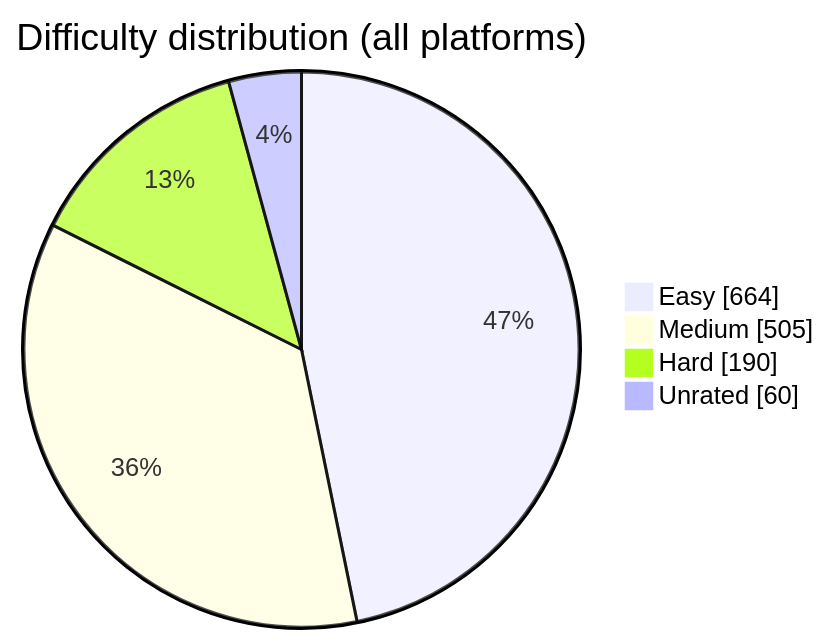
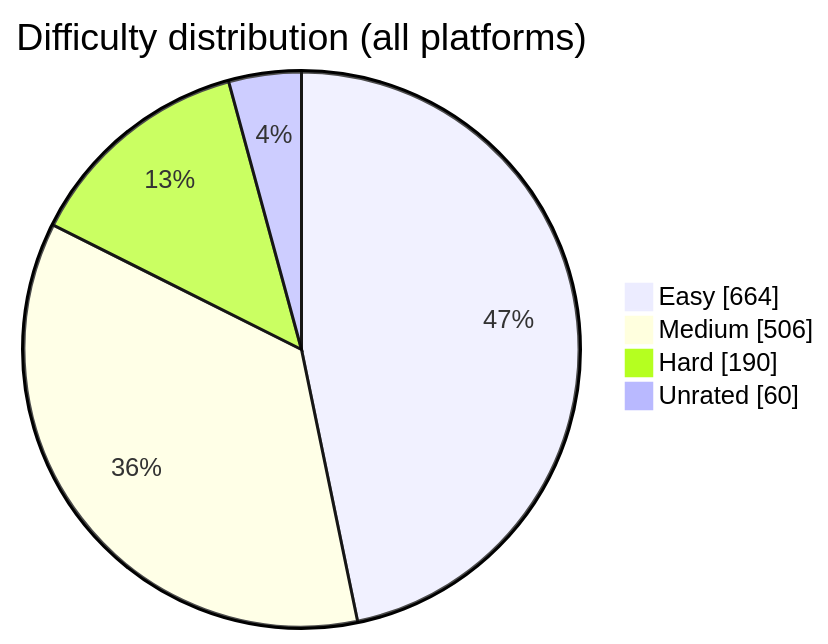
The diagram in README.md (BuildbyArindam/Daily-Coding-Log), drawn with Mermaid before and after one commit. The commit also changed other lines of this file, not shown here.

````diff
--- a/README.md
+++ b/README.md
@@ -93,7 +93,7 @@
 ```mermaid
 pie showData title Difficulty distribution (all platforms)
     "Easy" : 664
-    "Medium" : 505
+    "Medium" : 506
     "Hard" : 190
     "Unrated" : 60
 ```
````
